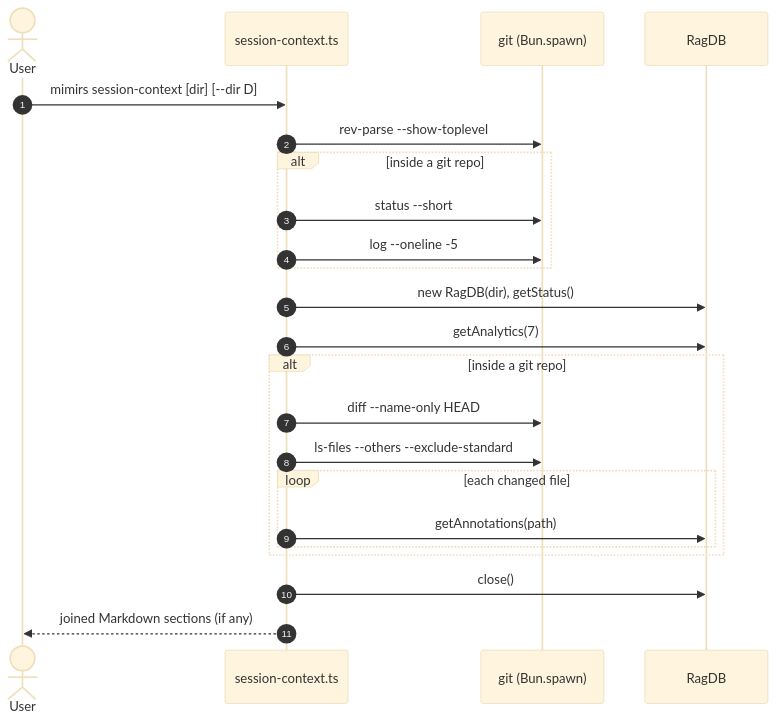
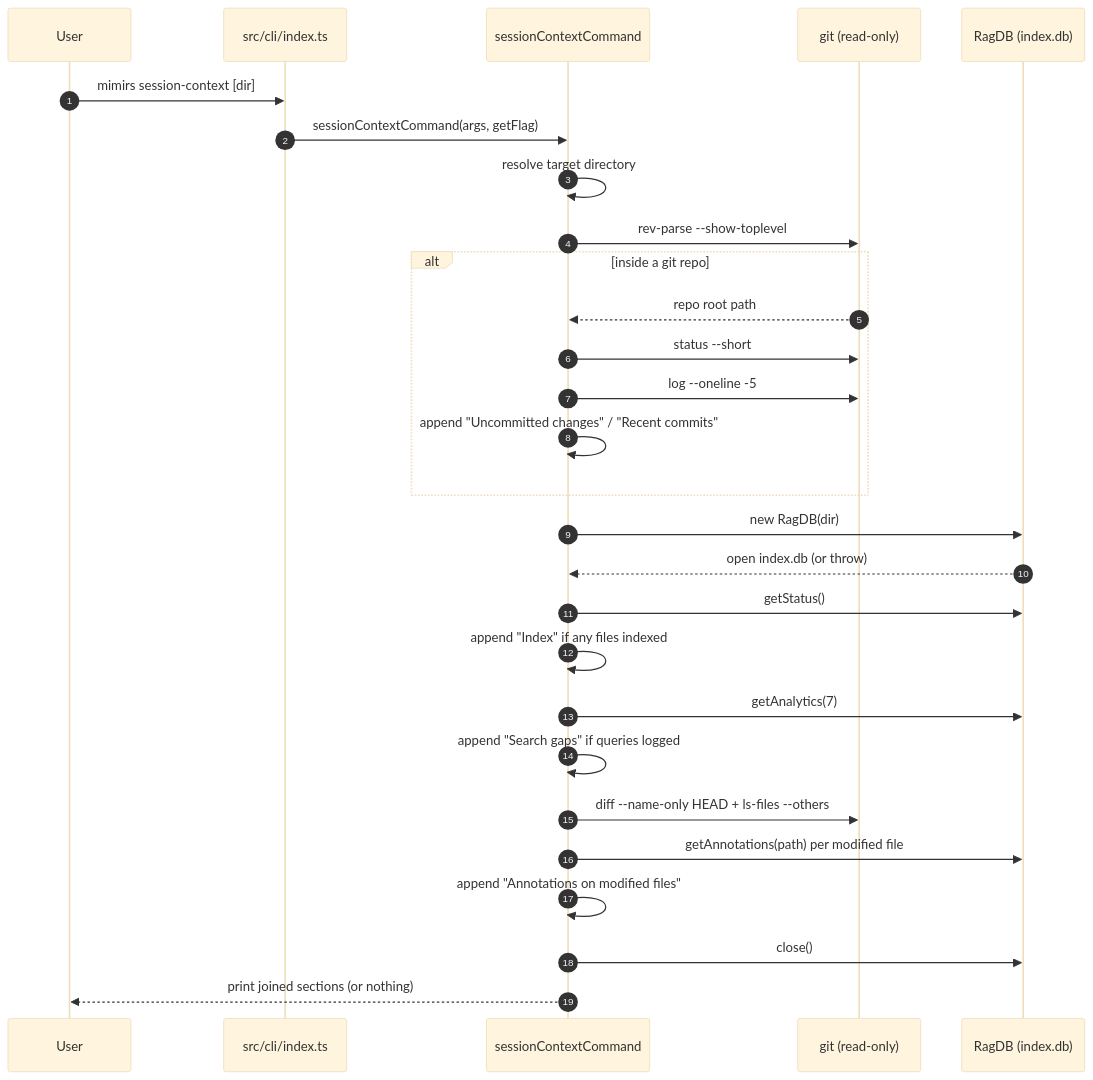
The diagram in wiki/cli/session-context.md (TheWinci/mimirs), drawn with Mermaid (base theme) before and after one commit. The commit also changed other lines of this file and 51 other files, not shown here.

````diff
--- a/wiki/cli/session-context.md
+++ b/wiki/cli/session-context.md
@@ -40,25 +15,31 @@
 ```mermaid
 sequenceDiagram
     autonumber
-    actor User
-    participant CLI as session-context.ts
-    participant Git as git (Bun.spawn)
-    participant DB as RagDB
-    User->>CLI: mimirs session-context [dir] [--dir D]
-    CLI->>Git: rev-parse --show-toplevel
+    participant User
+    participant CLI as src/cli/index.ts
+    participant Handler as sessionContextCommand
+    participant Git as git (read-only)
+    participant DB as RagDB (index.db)
+
+    User->>CLI: mimirs session-context [dir]
+    CLI->>Handler: sessionContextCommand(args, getFlag)
+    Handler->>Handler: resolve target directory
+    Handler->>Git: rev-parse --show-toplevel
     alt inside a git repo
-        CLI->>Git: status --short
-        CLI->>Git: log --oneline -5
+        Git-->>Handler: repo root path
+        Handler->>Git: status --short
+        Handler->>Git: log --oneline -5
+        Handler->>Handler: append "Uncommitted changes" / "Recent commits"
     end
-    CLI->>DB: new RagDB(dir), getStatus()
-    CLI->>DB: getAnalytics(7)
-    alt inside a git repo
-        CLI->>Git: diff --name-only HEAD
-        CLI->>Git: ls-files --others --exclude-standard
-        loop each changed file
-            CLI->>DB: getAnnotations(path)
-        end
-    end
-    CLI->>DB: close()
-    CLI-->>User: joined Markdown sections (if any)
+    Handler->>DB: new RagDB(dir)
+    DB-->>Handler: open index.db (or throw)
+    Handler->>DB: getStatus()
+    Handler->>Handler: append "Index" if any files indexed
+    Handler->>DB: getAnalytics(7)
+    Handler->>Handler: append "Search gaps" if queries logged
+    Handler->>Git: diff --name-only HEAD + ls-files --others
+    Handler->>DB: getAnnotations(path) per modified file
+    Handler->>Handler: append "Annotations on modified files"
+    Handler->>DB: close()
+    Handler-->>User: print joined sections (or nothing)
 ```
````
